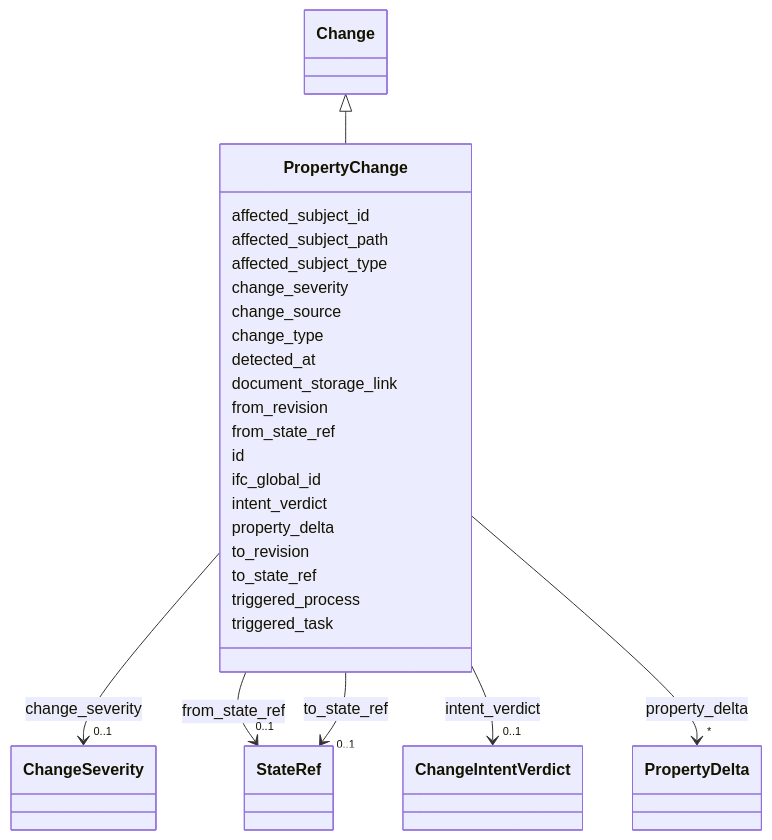
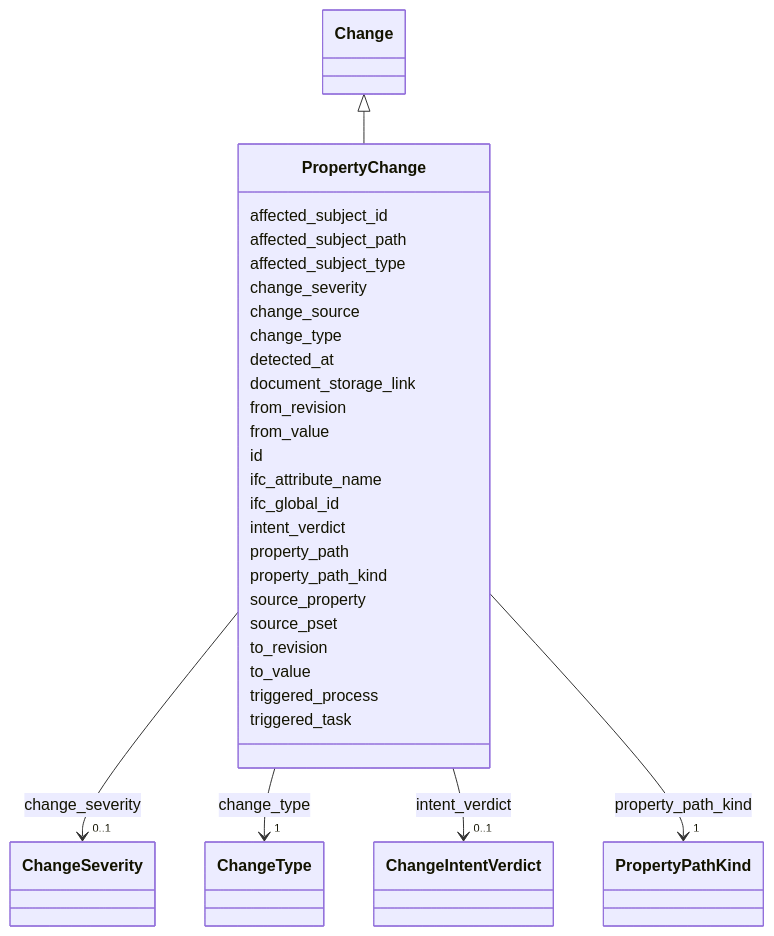
The diagram in latest/schema/PropertyChange.md (simondilhas/pragmatic-bim-data-contract), drawn with Mermaid before and after one commit. The commit also changed other lines of this file and 2590 other files, not shown here.

````diff
--- a/latest/schema/PropertyChange.md
+++ b/latest/schema/PropertyChange.md
@@ -23,90 +23,37 @@
 ```mermaid
  classDiagram
     class PropertyChange
-    click PropertyChange href "../PropertyChange/"
+    click PropertyChange href "./PropertyChange.html"
       Change <|-- PropertyChange
-        click Change href "../Change/"
-      
+        click Change href "./Change.html"
       PropertyChange : affected_subject_id
-        
       PropertyChange : affected_subject_path
-        
       PropertyChange : affected_subject_type
-        
       PropertyChange : change_severity
-        
-          
-    
-        
-        
         PropertyChange --> "0..1" ChangeSeverity : change_severity
-        click ChangeSeverity href "../ChangeSeverity/"
-    
-
-        
+        click ChangeSeverity href "./ChangeSeverity.html"
       PropertyChange : change_source
-        
       PropertyChange : change_type
-        
+        PropertyChange --> "1" ChangeType : change_type
+        click ChangeType href "./ChangeType.html"
       PropertyChange : detected_at
-        
       PropertyChange : document_storage_link
-        
       PropertyChange : from_revision
-        
-      PropertyChange : from_state_ref
-        
-          
-    
-        
-        
-        PropertyChange --> "0..1" StateRef : from_state_ref
-        click StateRef href "../StateRef/"
-    
-
-        
+      PropertyChange : from_value
       PropertyChange : id
-        
+      PropertyChange : ifc_attribute_name
       PropertyChange : ifc_global_id
-        
       PropertyChange : intent_verdict
-        
-          
-    
-        
-        
         PropertyChange --> "0..1" ChangeIntentVerdict : intent_verdict
-        click ChangeIntentVerdict href "../ChangeIntentVerdict/"
-    
-
-        
-      PropertyChange : property_delta
-        
-          
-    
-        
-        
-        PropertyChange --> "*" PropertyDelta : property_delta
-        click PropertyDelta href "../PropertyDelta/"
-    
-
-        
+        click ChangeIntentVerdict href "./ChangeIntentVerdict.html"
+      PropertyChange : property_path
+      PropertyChange : property_path_kind
+        PropertyChange --> "1" PropertyPathKind : property_path_kind
+        click PropertyPathKind href "./PropertyPathKind.html"
+      PropertyChange : source_property
+      PropertyChange : source_pset
       PropertyChange : to_revision
-        
-      PropertyChange : to_state_ref
-        
-          
-    
-        
-        
-        PropertyChange --> "0..1" StateRef : to_state_ref
-        click StateRef href "../StateRef/"
-    
-
-        
+      PropertyChange : to_value
       PropertyChange : triggered_process
-        
       PropertyChange : triggered_task
-        
-      
 ```
````
